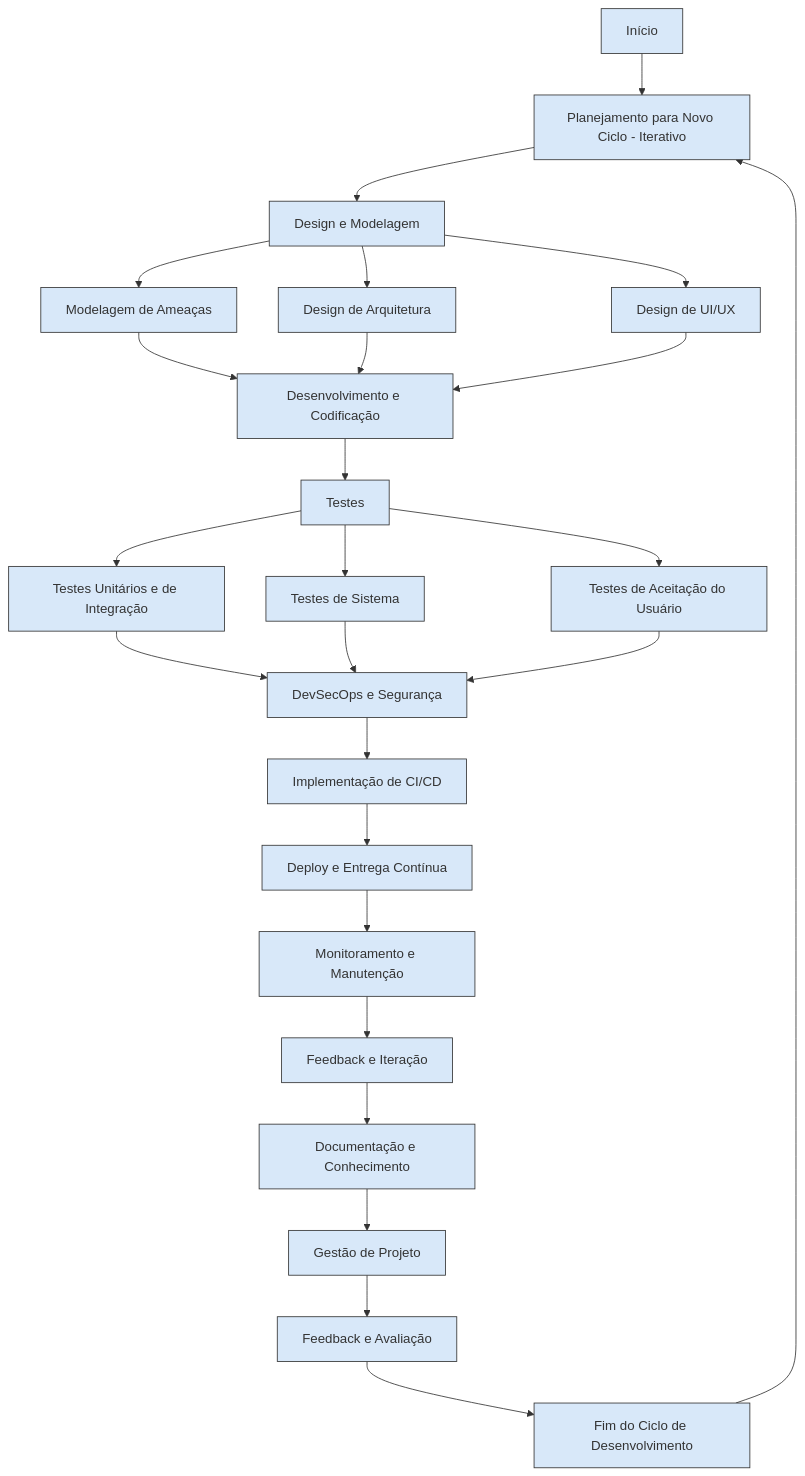
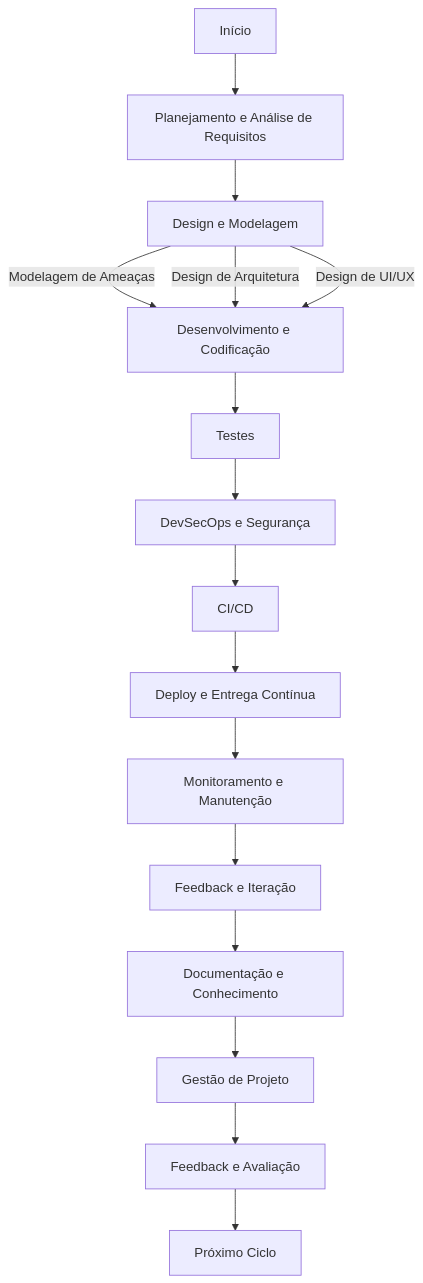
Before and after one commit to lilithmorgan/development-pattern: the diagram in documentations/fluxo-desenvolvimento.mermaid, drawn with Mermaid. The commit also changed 1 other file, not shown here.

```diff
--- a/documentations/fluxo-desenvolvimento.mermaid
+++ b/documentations/fluxo-desenvolvimento.mermaid
@@ -1,36 +1,17 @@
 graph TD
-
-A[Início] --> B[Planejamento e Análise de Requisitos]
-B --> C[Design e Modelagem]
-
-C --> D1[Modelagem de Ameaças]
-C --> D2[Design de Arquitetura]
-C --> D3[Design de UI/UX]
-
-D1 --> E[Desenvolvimento e Codificação]
-D2 --> E
-D3 --> E
-
-E --> F[Testes]
-F --> G1[Testes Unitários e de Integração]
-F --> G2[Testes de Sistema]
-F --> G3[Testes de Aceitação do Usuário]
-
-G1 --> H[DevSecOps e Segurança]
-G2 --> H
-G3 --> H
-
-H --> I[Implementação de CI/CD]
-I --> J[Deploy e Entrega Contínua]
-J --> K[Monitoramento e Manutenção]
-
-K --> L[Feedback e Iteração]
-L --> M[Documentação e Conhecimento]
-M --> N[Gestão de Projeto]
-N --> O[Feedback e Avaliação]
-
-O --> P[Fim do Ciclo de Desenvolvimento]
-P --> B[Planejamento para Novo Ciclo - Iterativo]
-
-classDef default fill:#d8e8f9,stroke:#333,stroke-width:1px;
-class A,B,C,D1,D2,D3,E,F,G1,G2,G3,H,I,J,K,L,M,N,O,P default;
+    A[Início]
+    A --> B[Planejamento e Análise de Requisitos]
+    B --> C[Design e Modelagem]
+    C --> |Modelagem de Ameaças| D[Desenvolvimento e Codificação]
+    C --> |Design de Arquitetura| D
+    C --> |Design de UI/UX| D
+    D --> E[Testes]
+    E --> F[DevSecOps e Segurança]
+    F --> G[CI/CD]
+    G --> H[Deploy e Entrega Contínua]
+    H --> I[Monitoramento e Manutenção]
+    I --> J[Feedback e Iteração]
+    J --> K[Documentação e Conhecimento]
+    K --> L[Gestão de Projeto]
+    L --> M[Feedback e Avaliação]
+    M --> N[Próximo Ciclo]
```
